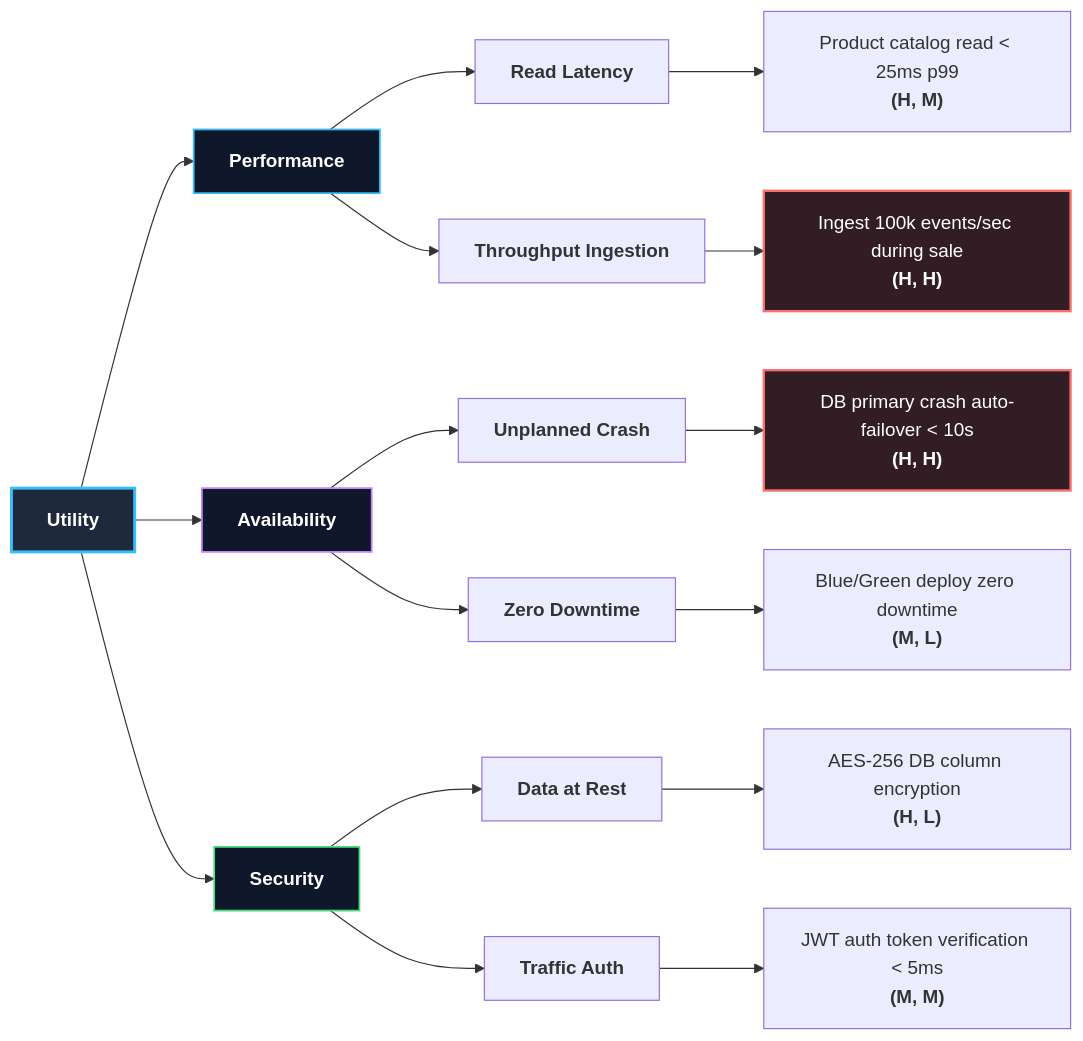
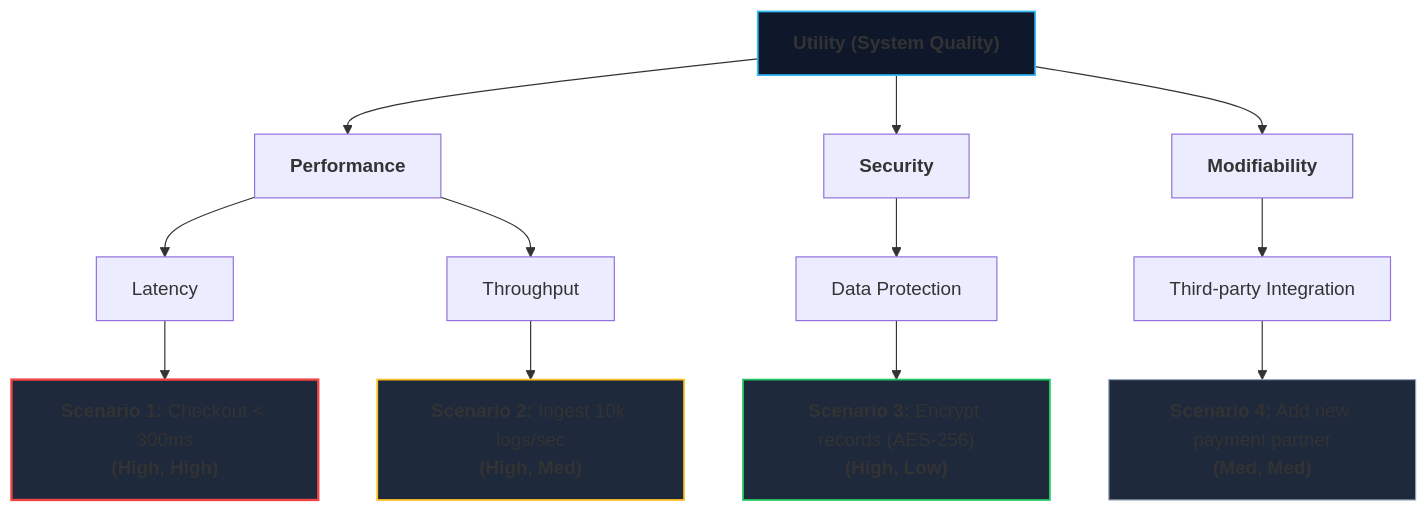
The diagram in Software Architectures/Lecture 4/Lecture_04_Notes.md (shreyash2601/bits-notes), drawn with Mermaid before and after one commit. The commit also changed other lines of this file and 31 other files, not shown here.

````diff
--- a/Software Architectures/Lecture 4/Lecture_04_Notes.md
+++ b/Software Architectures/Lecture 4/Lecture_04_Notes.md
@@ -281,32 +163,36 @@
 ```mermaid
-flowchart LR
-    UT["<b style='color:#ffffff;'>Utility</b>"] --> P["<b style='color:#ffffff;'>Performance</b>"]
-    UT --> A["<b style='color:#ffffff;'>Availability</b>"]
-    UT --> S["<b style='color:#ffffff;'>Security</b>"]
+flowchart TD
+    ROOT["<b>Utility (System Quality)</b>"]
 
-    P --> P1["<b>Read Latency</b>"]
-    P --> P2["<b>Throughput Ingestion</b>"]
+    P["<b>Performance</b>"]
+    S["<b>Security</b>"]
+    M["<b>Modifiability</b>"]
 
-    A --> A1["<b>Unplanned Crash</b>"]
-    A --> A2["<b>Zero Downtime</b>"]
+    ROOT --> P & S & M
 
-    S --> S1["<b>Data at Rest</b>"]
-    S --> S2["<b>Traffic Auth</b>"]
+    P1["Latency"]
+    P2["Throughput"]
+    P --> P1 & P2
 
-    P1 --> SC1["Product catalog read < 25ms p99<br/><b>(H, M)</b>"]
-    P2 --> SC2["Ingest 100k events/sec during sale<br/><b>(H, H)</b>"]
+    S1["Data Protection"]
+    S --> S1
 
-    A1 --> SC3["DB primary crash auto-failover < 10s<br/><b>(H, H)</b>"]
-    A2 --> SC4["Blue/Green deploy zero downtime<br/><b>(M, L)</b>"]
+    M1["Third-party Integration"]
+    M --> M1
 
-    S1 --> SC5["AES-256 DB column encryption<br/><b>(H, L)</b>"]
-    S2 --> SC6["JWT auth token verification < 5ms<br/><b>(M, M)</b>"]
+    SC1["<b>Scenario 1:</b> Checkout < 300ms<br/><b>(High, High)</b>"]
+    SC2["<b>Scenario 2:</b> Ingest 10k logs/sec<br/><b>(High, Med)</b>"]
+    SC3["<b>Scenario 3:</b> Encrypt records (AES-256)<br/><b>(High, Low)</b>"]
+    SC4["<b>Scenario 4:</b> Add new payment partner<br/><b>(Med, Med)</b>"]
 
-    style UT fill:#1e293b,stroke:#38bdf8,stroke-width:2.5px,color:#ffffff
-    style P fill:#0f172a,stroke:#38bdf8,stroke-width:1.5px,color:#ffffff
-    style A fill:#0f172a,stroke:#c084fc,stroke-width:1.5px,color:#ffffff
-    style S fill:#0f172a,stroke:#4ade80,stroke-width:1.5px,color:#ffffff
+    P1 --> SC1
+    P2 --> SC2
+    S1 --> SC3
+    M1 --> SC4
 
-    style SC2 fill:#331d24,stroke:#f87171,stroke-width:2px,color:#ffffff
-    style SC3 fill:#331d24,stroke:#f87171,stroke-width:2px,color:#ffffff
+    style ROOT fill:#0f172a,stroke:#38bdf8,stroke-width:1.5px
+    style SC1 fill:#1e293b,stroke:#ef4444,stroke-width:2px
+    style SC2 fill:#1e293b,stroke:#fbbf24,stroke-width:1.5px
+    style SC3 fill:#1e293b,stroke:#22c55e,stroke-width:1.5px
+    style SC4 fill:#1e293b,stroke:#94a3b8,stroke-width:1px
 ```
````
